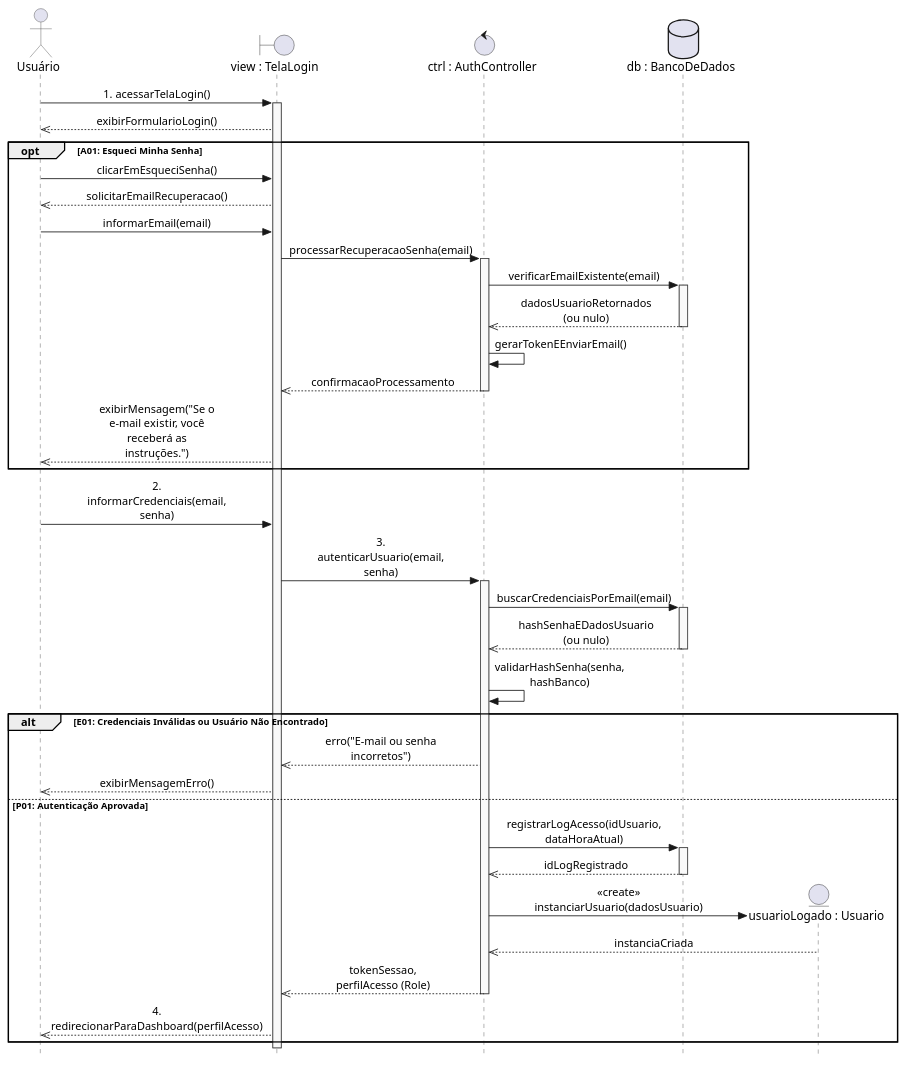
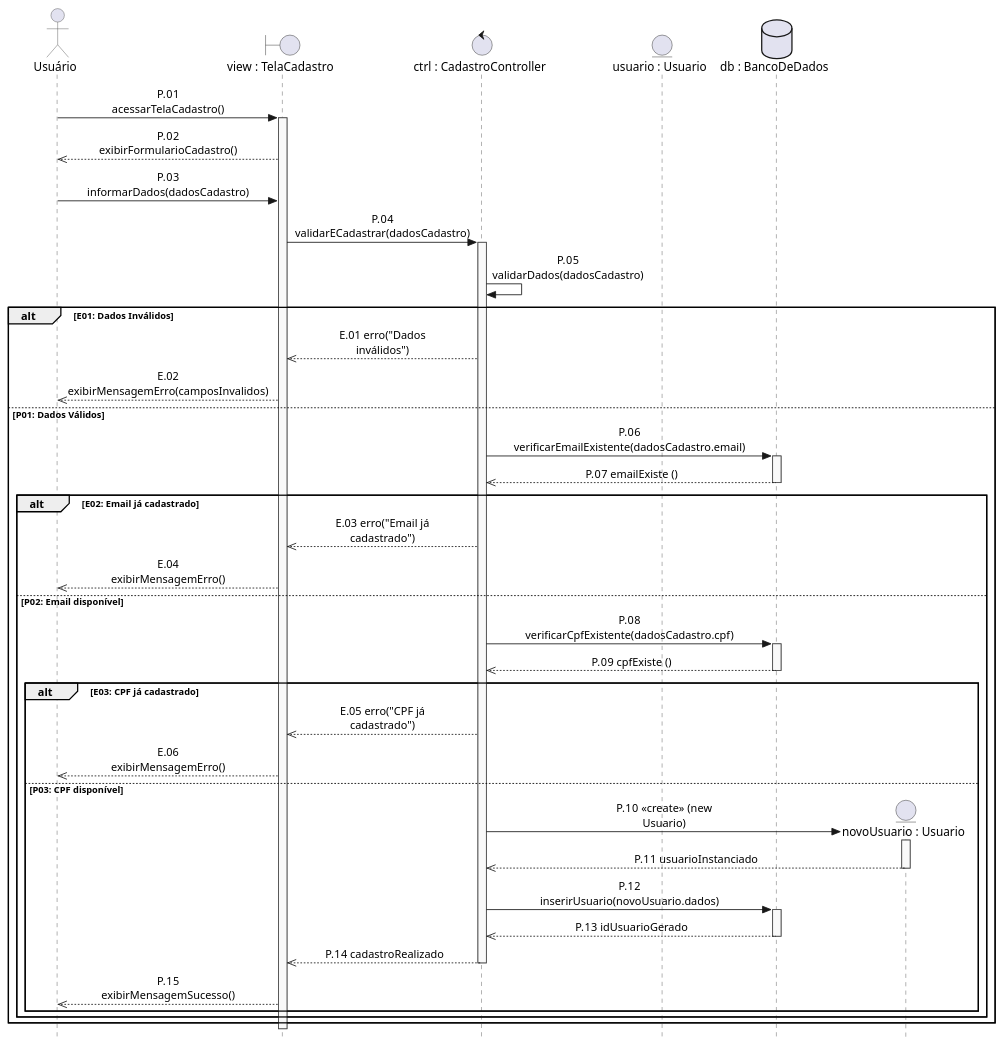
One commit to gusjjpv/serro-hotelaria changed the diagram in docs/diagramas/seguencia/RealizarCadastroSequencia.iuml. Above: the diagram before and after it, drawn with PlantUML. The commit also changed 4 other files, not shown here.

Commit message:
docs: diagramas com mudanças

```diff
--- a/docs/diagramas/seguencia/RealizarCadastroSequencia.iuml
+++ b/docs/diagramas/seguencia/RealizarCadastroSequencia.iuml
@@ -1,80 +1,81 @@
 @startuml
 skinparam style strictuml
 skinparam sequenceMessageAlign center
 skinparam maxmessagesize 150
 
 skinparam sequence {
     LifeLineBorderColor #4A4A4A
     LifeLineBackgroundColor #F9F9F9
     GroupBorderColor #000000
     GroupHeaderFontColor Black
     GroupHeaderBackgroundColor #1565C0
     ActorBorderColor #4A4A4A
     ParticipantBorderColor #4A4A4A
     ParticipantBackgroundColor White
 }
 
 actor "Usuário" as user
-boundary "view : TelaLogin" as tela
-control "ctrl : AuthController" as ctrl
+boundary "view : TelaCadastro" as tela
+control "ctrl : CadastroController" as ctrl
+entity "usuario : Usuario" as usuario
 database "db : BancoDeDados" as db
 
-user -> tela : 1. acessarTelaLogin()
+user -> tela : P.01 acessarTelaCadastro()
 activate tela
-tela -->> user : exibirFormularioLogin()
+tela -->> user : P.02 exibirFormularioCadastro()
 
-opt A01: Esqueci Minha Senha
-    user -> tela : clicarEmEsqueciSenha()
-    tela -->> user : solicitarEmailRecuperacao()
-    user -> tela : informarEmail(email)
-    
-    tela -> ctrl : processarRecuperacaoSenha(email)
-    activate ctrl
-    
-    ctrl -> db : verificarEmailExistente(email)
-    activate db
-    db -->> ctrl : dadosUsuarioRetornados (ou nulo)
-    deactivate db
-    
-    ctrl -> ctrl : gerarTokenEEnviarEmail()
-    
-    ctrl -->> tela : confirmacaoProcessamento
-    deactivate ctrl
-    
-    tela -->> user : exibirMensagem("Se o e-mail existir, você receberá as instruções.")
-end
-
-user -> tela : 2. informarCredenciais(email, senha)
-tela -> ctrl : 3. autenticarUsuario(email, senha)
+user -> tela : P.03 informarDados(dadosCadastro)
+tela -> ctrl : P.04 validarECadastrar(dadosCadastro)
 activate ctrl
 
-ctrl -> db : buscarCredenciaisPorEmail(email)
-activate db
-db -->> ctrl : hashSenhaEDadosUsuario (ou nulo)
-deactivate db
+ctrl -> ctrl : P.05 validarDados(dadosCadastro)
 
-ctrl -> ctrl : validarHashSenha(senha, hashBanco)
+alt E01: Dados Inválidos
+    ctrl -->> tela : E.01 erro("Dados inválidos")
+    tela -->> user : E.02 exibirMensagemErro(camposInvalidos)
 
-alt E01: Credenciais Inválidas ou Usuário Não Encontrado
-    ctrl -->> tela : erro("E-mail ou senha incorretos")
-    tela -->> user : exibirMensagemErro()
-
-else P01: Autenticação Aprovada
-    ctrl -> db : registrarLogAcesso(idUsuario, dataHoraAtual)
+else P01: Dados Válidos
+    ctrl -> db : P.06 verificarEmailExistente(dadosCadastro.email)
     activate db
-    db -->> ctrl : idLogRegistrado
+    db -->> ctrl : P.07 emailExiste ()
     deactivate db
 
-    create entity "usuarioLogado : Usuario" as entidade
-    ctrl -> entidade : <<create>> instanciarUsuario(dadosUsuario)
-    entidade -->> ctrl : instanciaCriada
-    
-    ctrl -->> tela : tokenSessao, perfilAcesso (Role)
-    deactivate ctrl
-    
-    tela -->> user : 4. redirecionarParaDashboard(perfilAcesso)
+    alt E02: Email já cadastrado
+        ctrl -->> tela : E.03 erro("Email já cadastrado")
+        tela -->> user : E.04 exibirMensagemErro()
+
+    else P02: Email disponível
+        ctrl -> db : P.08 verificarCpfExistente(dadosCadastro.cpf)
+        activate db
+        db -->> ctrl : P.09 cpfExiste ()
+        deactivate db
+
+        alt E03: CPF já cadastrado
+            ctrl -->> tela : E.05 erro("CPF já cadastrado")
+            tela -->> user : E.06 exibirMensagemErro()
+
+        else P03: CPF disponível
+            create entity "novoUsuario : Usuario" as novoUsuario
+            ctrl -> novoUsuario : P.10 <<create>> (new Usuario)
+            activate novoUsuario
+            
+            novoUsuario -->> ctrl : P.11 usuarioInstanciado
+            
+            deactivate novoUsuario
+
+            ctrl -> db : P.12 inserirUsuario(novoUsuario.dados)
+            activate db
+            db -->> ctrl : P.13 idUsuarioGerado
+            deactivate db
+
+            ctrl -->> tela : P.14 cadastroRealizado
+            deactivate ctrl
+
+            tela -->> user : P.15 exibirMensagemSucesso()
+        end
+    end
 end
 
 deactivate tela
 
 @enduml
```
